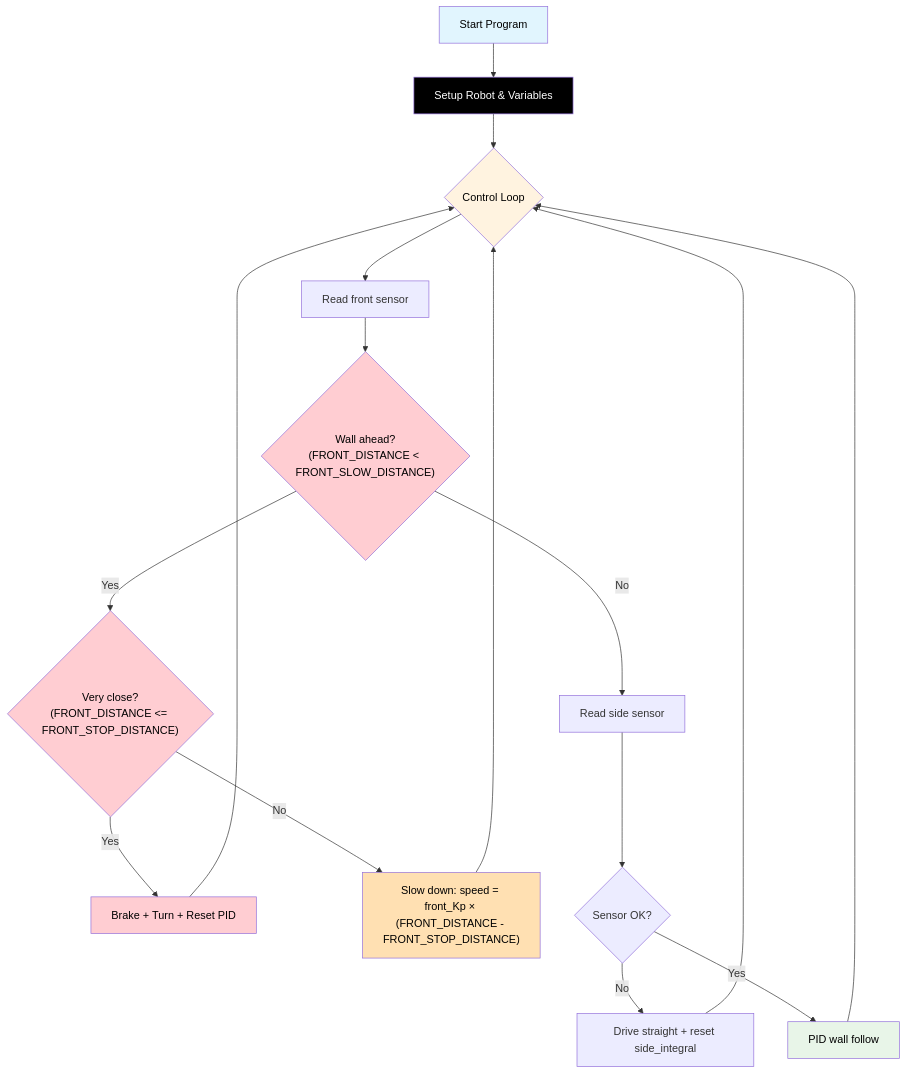
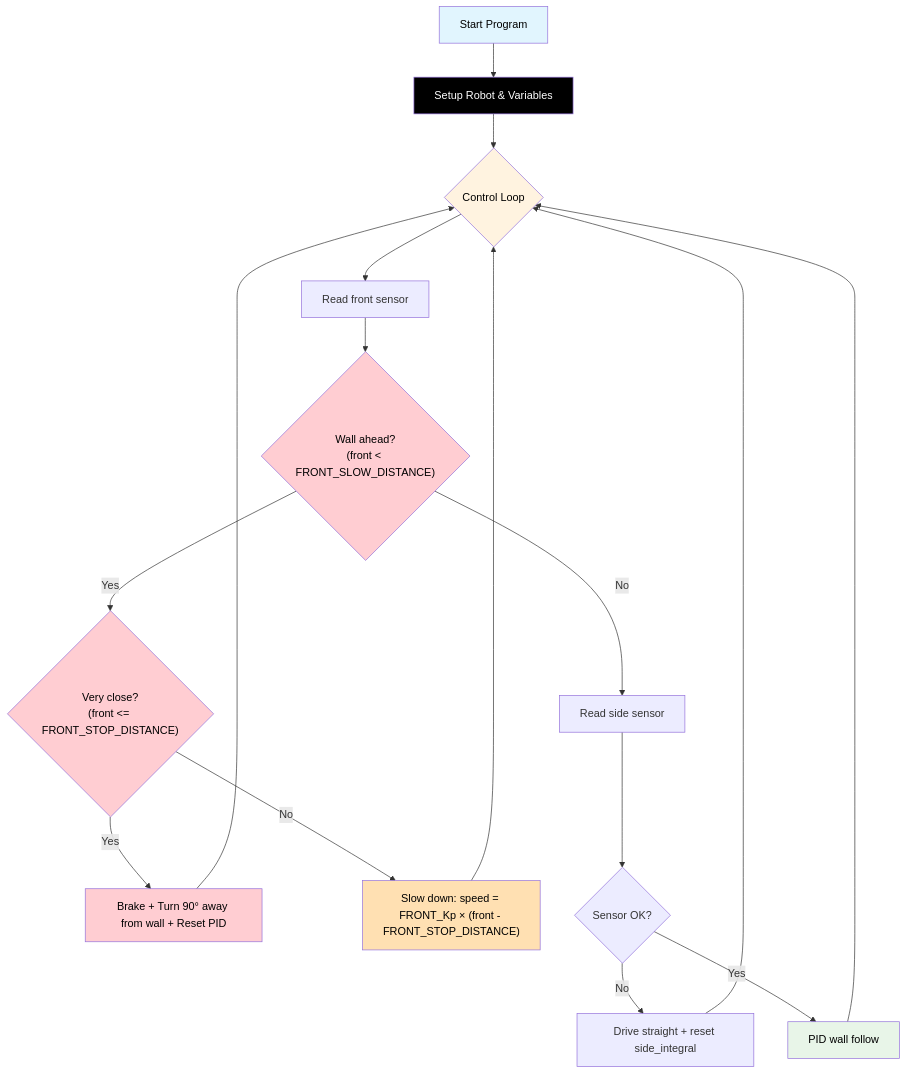
One commit to TempeHS/RP2040_Competition_Robot changed the diagram in docs/Challenge_4.md. Above: the diagram before and after it, drawn with Mermaid. The commit also changed other lines of this file and 36 other files, not shown here.

````diff
--- a/docs/Challenge_4.md
+++ b/docs/Challenge_4.md
@@ -29,27 +29,27 @@
 ```mermaid
 flowchart TD
     A[Start Program] --> B[Setup Robot & Variables]
     B --> C{Control Loop}
     C --> D[Read front sensor]
-    D --> E{"Wall ahead?<br>(FRONT_DISTANCE < FRONT_SLOW_DISTANCE)"}
-    E -- Yes --> F{"Very close?<br>(FRONT_DISTANCE <= FRONT_STOP_DISTANCE)"}
-    F -- Yes --> G[Brake + Turn + Reset PID]
+    D --> E{"Wall ahead?<br>(front < FRONT_SLOW_DISTANCE)"}
+    E -- Yes --> F{"Very close?<br>(front <= FRONT_STOP_DISTANCE)"}
+    F -- Yes --> G["Brake + Turn 90° away from wall + Reset PID"]
     G --> C
-    F -- No --> H["Slow down: speed = front_Kp × (FRONT_DISTANCE - FRONT_STOP_DISTANCE)"]
+    F -- No --> H["Slow down: speed = FRONT_Kp × (front - FRONT_STOP_DISTANCE)"]
     H --> C
     E -- No --> I[Read side sensor]
     I --> J{Sensor OK?}
     J -- No --> K[Drive straight + reset side_integral]
     K --> C
     J -- Yes --> L[PID wall follow]
     L --> C
 
     style A fill:#e1f5fe,color:#000000
     style B fill:#000000,color:#ffffff
     style C fill:#fff3e0,color:#000000
     style E fill:#ffcdd2,color:#000000
     style F fill:#ffcdd2,color:#000000
     style G fill:#ffcdd2,color:#000000
     style H fill:#ffe0b2,color:#000000
     style L fill:#e8f5e8,color:#000000
 ```
````
